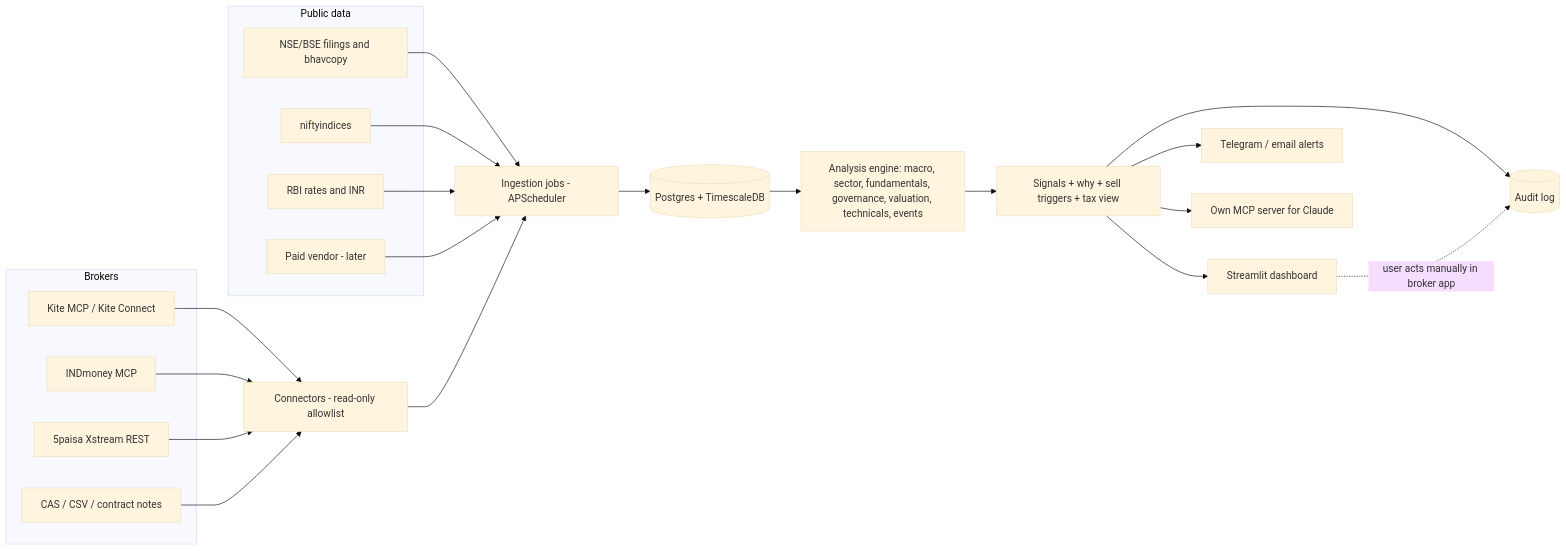
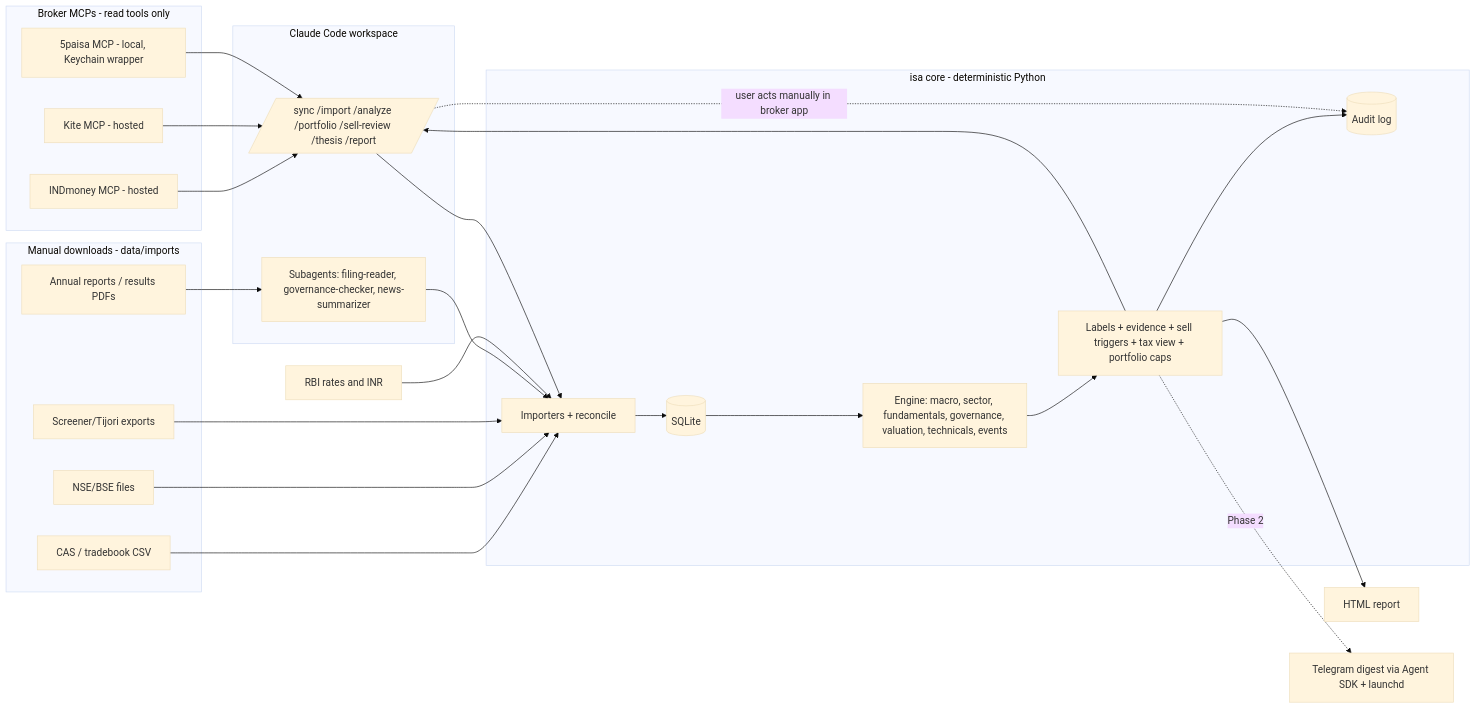
One commit to logsv/long-ledger changed the diagram in docs/FEASIBILITY_AND_DESIGN.md. Above: the diagram before and after it, drawn with Mermaid (base theme). The commit also changed other lines of this file and 15 other files, not shown here.

First line of the commit message:
docs: adopt Claude Code workspace + deterministic core plan

````diff
--- a/docs/FEASIBILITY_AND_DESIGN.md
+++ b/docs/FEASIBILITY_AND_DESIGN.md
@@ -334,26 +334,35 @@
 ```mermaid
 flowchart LR
-  subgraph Brokers
-    K[Kite MCP / Kite Connect]
-    I[INDmoney MCP]
-    F[5paisa Xstream REST]
-    C[CAS / CSV / contract notes]
+  subgraph Brokers[Broker MCPs - read tools only]
+    I[INDmoney MCP - hosted]
+    K[Kite MCP - hosted]
+    F[5paisa MCP - local, Keychain wrapper]
   end
-  subgraph Public[Public data]
-    N[NSE/BSE filings and bhavcopy]
-    X[niftyindices]
-    R[RBI rates and INR]
-    V[Paid vendor - later]
+  subgraph Manual[Manual downloads - data/imports]
+    C[CAS / tradebook CSV]
+    N[NSE/BSE files]
+    E[Screener/Tijori exports]
+    P[Annual reports / results PDFs]
   end
-  K & I & F & C --> CON[Connectors - read-only allowlist]
-  N & X & R & V --> ING[Ingestion jobs - APScheduler]
-  CON --> ING
-  ING --> DB[(Postgres + TimescaleDB)]
-  DB --> ENG[Analysis engine: macro, sector, fundamentals, governance, valuation, technicals, events]
-  ENG --> SIG[Signals + why + sell triggers + tax view]
-  SIG --> AUD[(Audit log)]
-  SIG --> UI[Streamlit dashboard]
-  SIG --> ALR[Telegram / email alerts]
-  SIG --> OWN[Own MCP server for Claude]
-  UI -. user acts manually in broker app .-> AUD
+  R[RBI rates and INR]
+  subgraph CC[Claude Code workspace]
+    CMD[/sync /import /analyze /portfolio /sell-review /thesis /report/]
+    SUB[Subagents: filing-reader, governance-checker, news-summarizer]
+  end
+  subgraph Core[isa core - deterministic Python]
+    IMP[Importers + reconcile]
+    DB[(SQLite)]
+    ENG[Engine: macro, sector, fundamentals, governance, valuation, technicals, events]
+    OUT[Labels + evidence + sell triggers + tax view + portfolio caps]
+    AUD[(Audit log)]
+  end
+  I & K & F --> CMD
+  C & N & E --> IMP
+  P --> SUB --> IMP
+  R --> IMP
+  CMD --> IMP --> DB --> ENG --> OUT --> AUD
+  OUT --> CMD
+  OUT --> REP[HTML report]
+  OUT -. Phase 2 .-> TG[Telegram digest via Agent SDK + launchd]
+  CMD -. user acts manually in broker app .-> AUD
 ```
````
